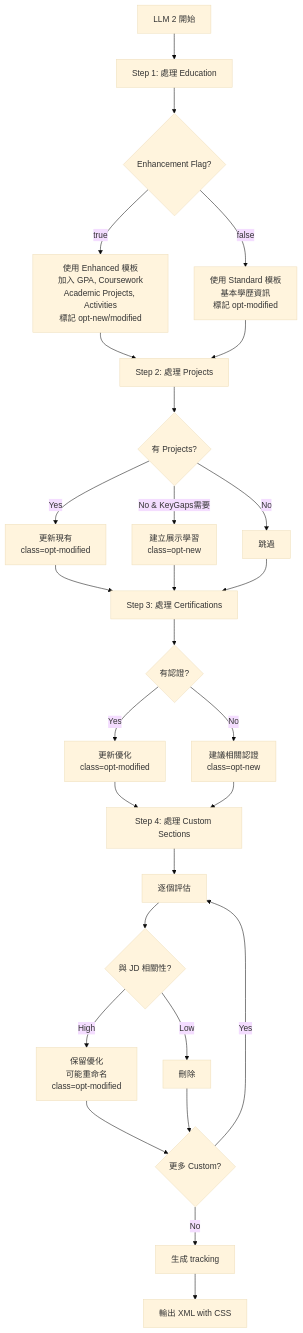
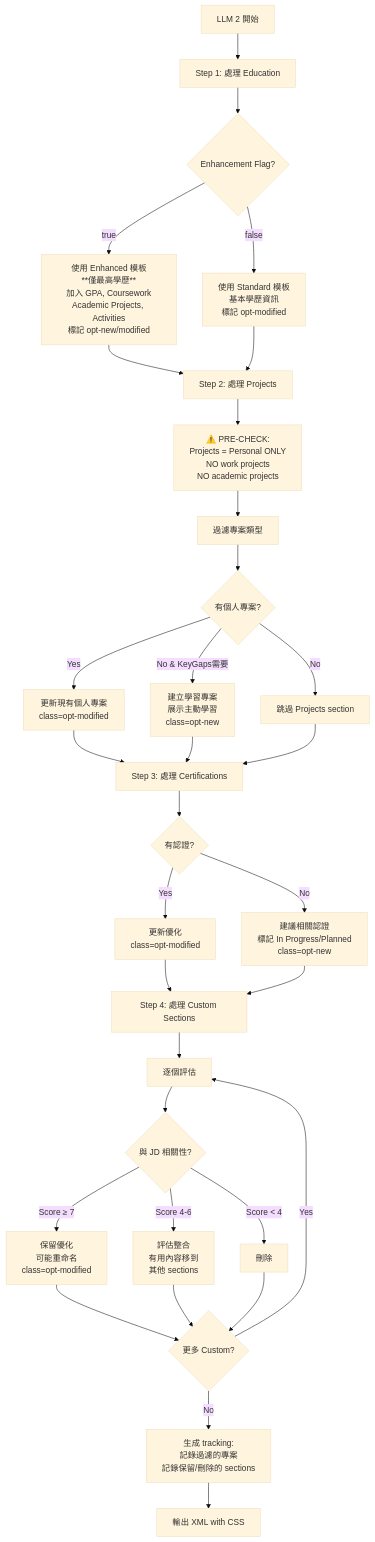
One commit to YuWenHao1212/azure_container changed the fourth of 4 diagrams in docs/issues/tailor-resume-refactor-V3/Resume_Tailoring_V3_Prompt_Design_ZH-TW.md. Above: the diagram before and after it, drawn with Mermaid (base theme). The commit also changed other lines of this file and 1 other file, not shown here.

````diff
--- a/docs/issues/tailor-resume-refactor-V3/Resume_Tailoring_V3_Prompt_Design_ZH-TW.md
+++ b/docs/issues/tailor-resume-refactor-V3/Resume_Tailoring_V3_Prompt_Design_ZH-TW.md
@@ -366,40 +377,45 @@
 ```mermaid
 graph TD
     Start[LLM 2 開始] --> ProcessEdu[Step 1: 處理 Education]
     
     ProcessEdu --> CheckEnhance{Enhancement Flag?}
-    CheckEnhance -->|true| UseEnhanced[使用 Enhanced 模板<br/>加入 GPA, Coursework<br/>Academic Projects, Activities<br/>標記 opt-new/modified]
+    CheckEnhance -->|true| UseEnhanced[使用 Enhanced 模板<br/>**僅最高學歷**<br/>加入 GPA, Coursework<br/>Academic Projects, Activities<br/>標記 opt-new/modified]
     CheckEnhance -->|false| UseStandard[使用 Standard 模板<br/>基本學歷資訊<br/>標記 opt-modified]
     
     UseEnhanced --> ProcessProjects
     UseStandard --> ProcessProjects
     
-    ProcessProjects[Step 2: 處理 Projects] --> CheckProjects{有 Projects?}
-    CheckProjects -->|Yes| UpdateProj[更新現有<br/>class=opt-modified]
-    CheckProjects -->|No & KeyGaps需要| CreateProj[建立展示學習<br/>class=opt-new]
-    CheckProjects -->|No| SkipProj[跳過]
+    ProcessProjects[Step 2: 處理 Projects] --> PreCheck[⚠️ PRE-CHECK:<br/>Projects = Personal ONLY<br/>NO work projects<br/>NO academic projects]
+    
+    PreCheck --> FilterProjects[過濾專案類型]
+    FilterProjects --> CheckPersonal{有個人專案?}
+    CheckPersonal -->|Yes| UpdateProj[更新現有個人專案<br/>class=opt-modified]
+    CheckPersonal -->|No & KeyGaps需要| CreateLearning[建立學習專案<br/>展示主動學習<br/>class=opt-new]
+    CheckPersonal -->|No| SkipProj[跳過 Projects section]
     
     UpdateProj --> ProcessCert
-    CreateProj --> ProcessCert
+    CreateLearning --> ProcessCert
     SkipProj --> ProcessCert
     
     ProcessCert[Step 3: 處理 Certifications] --> CheckCert{有認證?}
     CheckCert -->|Yes| UpdateCert[更新優化<br/>class=opt-modified]
-    CheckCert -->|No| SuggestCert[建議相關認證<br/>class=opt-new]
+    CheckCert -->|No| SuggestCert[建議相關認證<br/>標記 In Progress/Planned<br/>class=opt-new]
     
     UpdateCert --> ProcessCustom
     SuggestCert --> ProcessCustom
     
     ProcessCustom[Step 4: 處理 Custom Sections] --> EachCustom[逐個評估]
     
     EachCustom --> Evaluate{與 JD 相關性?}
-    Evaluate -->|High| Keep[保留優化<br/>可能重命名<br/>class=opt-modified]
-    Evaluate -->|Low| Remove[刪除]
+    Evaluate -->|Score ≥ 7| Keep[保留優化<br/>可能重命名<br/>class=opt-modified]
+    Evaluate -->|Score 4-6| Consider[評估整合<br/>有用內容移到<br/>其他 sections]
+    Evaluate -->|Score < 4| Remove[刪除]
     
     Keep --> Next{更多 Custom?}
+    Consider --> Next
     Remove --> Next
     Next -->|Yes| EachCustom
     Next -->|No| Track
     
-    Track[生成 tracking] --> OutputXML[輸出 XML with CSS]
+    Track[生成 tracking:<br/>記錄過濾的專案<br/>記錄保留/刪除的 sections] --> OutputXML[輸出 XML with CSS]
 ```
````
